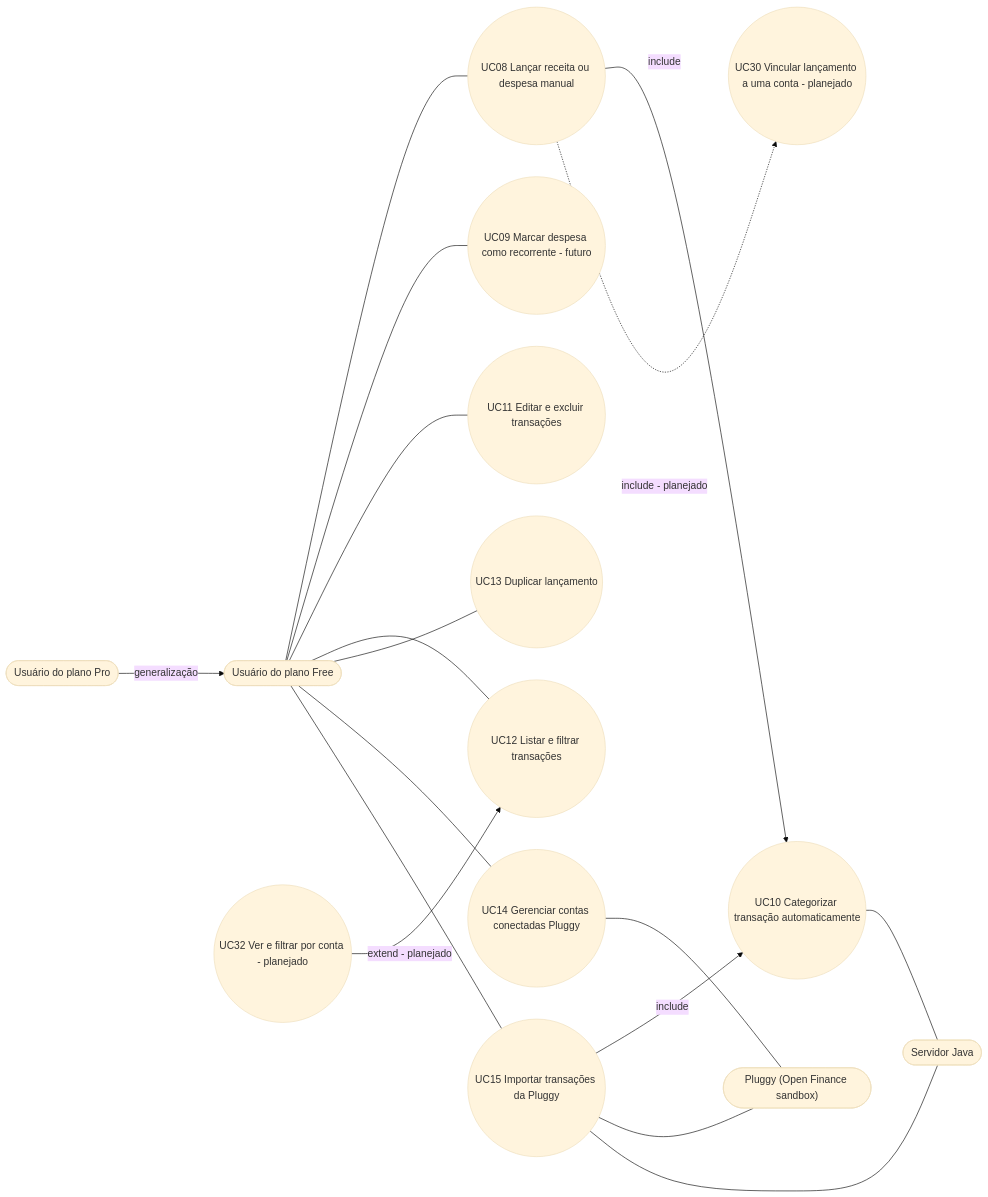
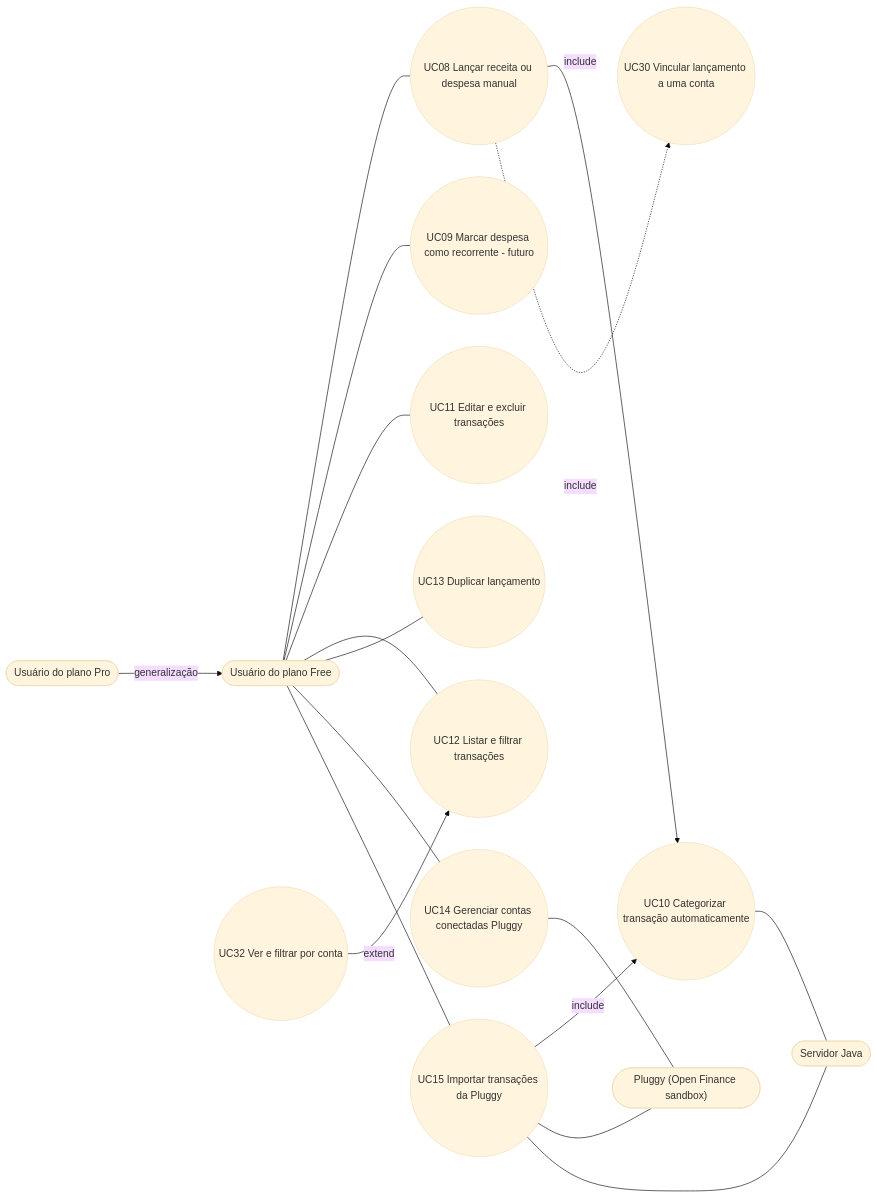
The third of 8 diagrams in docs/uml/03-casos-de-uso.md (MiguelFMont/ES-PI4-2026-T1-G18), drawn with Mermaid (base theme) before and after one commit. The commit also changed other lines of this file and 27 other files, not shown here.

Commit message:
docs: UML só do Servidor (remove diagramas de classes do Backend e do Frontend e as marcas de planejado)

````diff
--- a/docs/uml/03-casos-de-uso.md
+++ b/docs/uml/03-casos-de-uso.md
@@ -98,23 +97,23 @@
 ```mermaid
 flowchart LR
     F(["Usuário do plano Free"])
     P(["Usuário do plano Pro"])
     J(["Servidor Java"])
     PL(["Pluggy (Open Finance sandbox)"])
     P -->|"generalização"| F
     F --- UC08(("UC08 Lançar receita ou despesa manual"))
     F --- UC09(("UC09 Marcar despesa como recorrente - futuro"))
     F --- UC11(("UC11 Editar e excluir transações"))
     F --- UC12(("UC12 Listar e filtrar transações"))
     F --- UC13(("UC13 Duplicar lançamento"))
     F --- UC14(("UC14 Gerenciar contas conectadas Pluggy"))
     F --- UC15(("UC15 Importar transações da Pluggy"))
     UC08 -->|"include"| UC10(("UC10 Categorizar transação automaticamente"))
     UC15 -->|"include"| UC10
-    UC08 -.->|"include - planejado"| UC30(("UC30 Vincular lançamento a uma conta - planejado"))
-    UC32(("UC32 Ver e filtrar por conta - planejado")) -->|"extend - planejado"| UC12
+    UC08 -.->|"include"| UC30(("UC30 Vincular lançamento a uma conta"))
+    UC32(("UC32 Ver e filtrar por conta")) -->|"extend"| UC12
     UC10 --- J
     UC14 --- PL
     UC15 --- PL
     UC15 --- J
 ```
````
